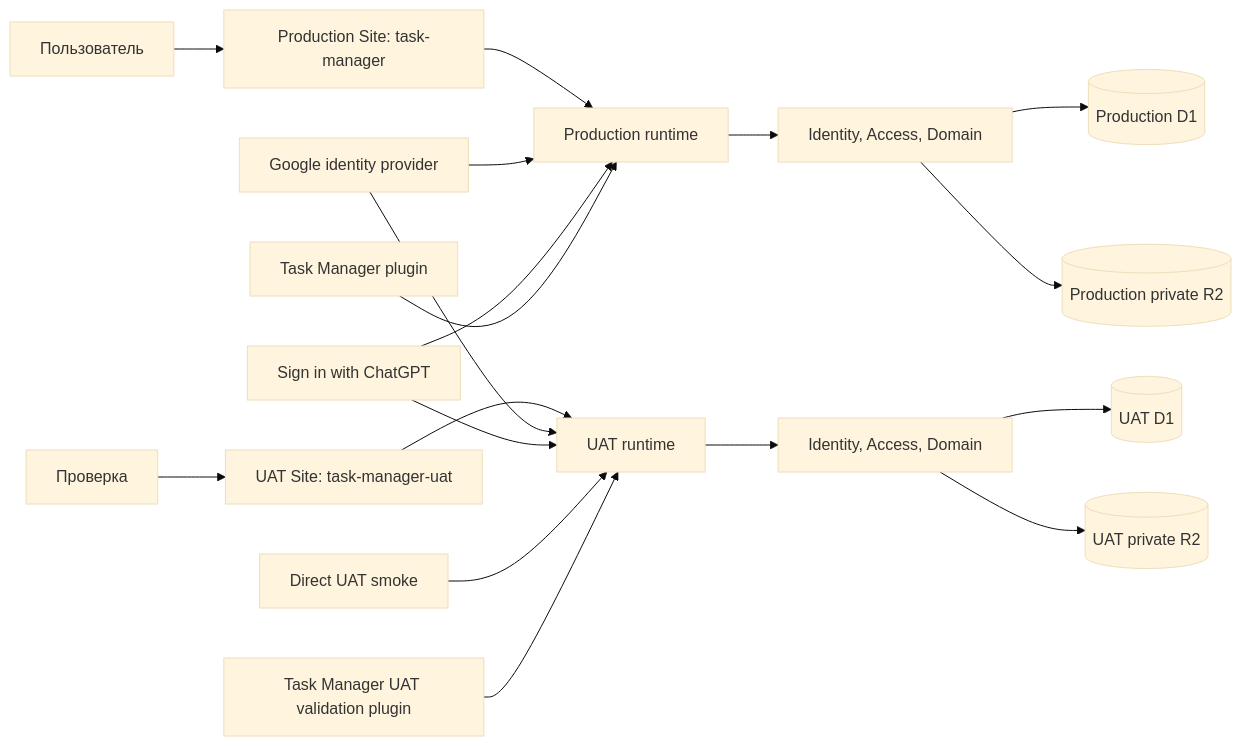
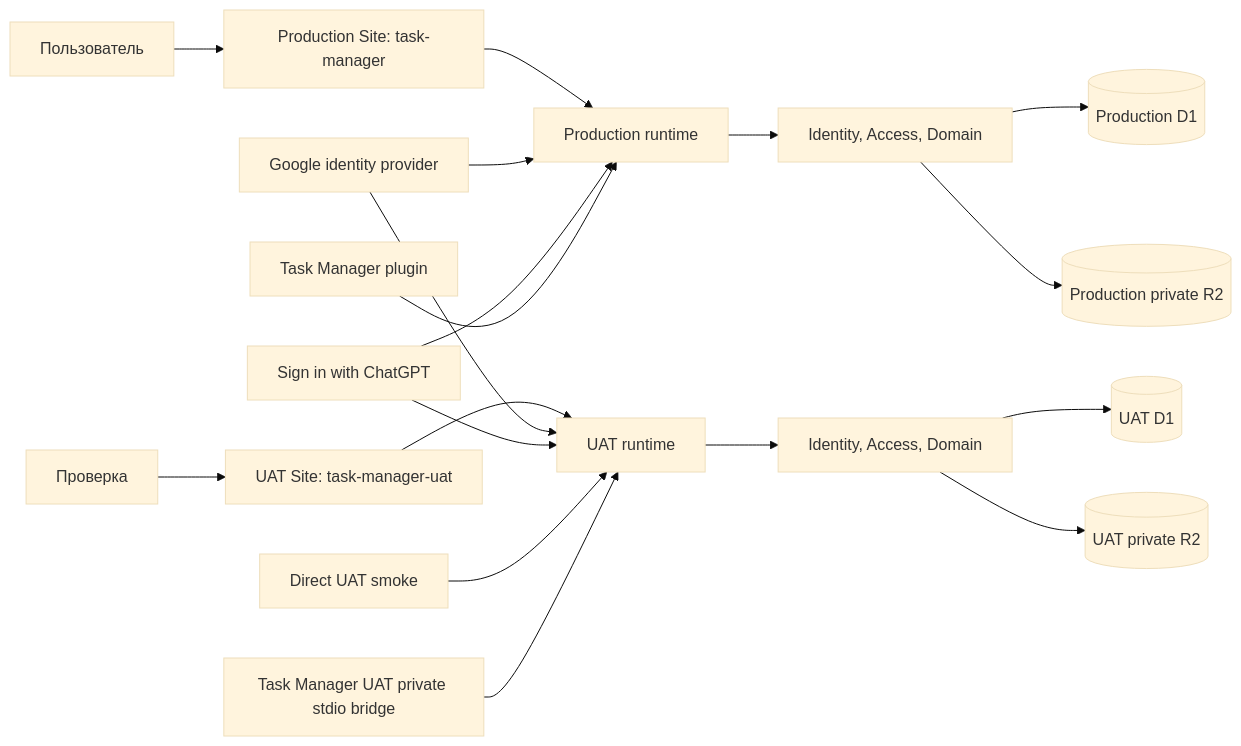
One commit to xxsrez/TaskManager changed the diagram in docs/architecture.md. Above: the diagram before and after it, drawn with Mermaid (base theme). The commit also changed other lines of this file and 3 other files, not shown here.

Commit message:
TM-294 document private UAT bridge

````diff
--- a/docs/architecture.md
+++ b/docs/architecture.md
@@ -31,20 +31,20 @@
 ```mermaid
 flowchart LR
     U[Пользователь] --> PROD[Production Site: task-manager]
     QA[Проверка] --> UAT[UAT Site: task-manager-uat]
     PLUGIN[Task Manager plugin] --> PRT[Production runtime]
-    UPLUGIN[Task Manager UAT validation plugin] --> URT
+    UPLUGIN[Task Manager UAT private stdio bridge] --> URT
     API[Direct UAT smoke] --> URT[UAT runtime]
     CG[Sign in with ChatGPT] --> PRT
     CG --> URT
     G[Google identity provider] --> PRT
     G --> URT
     PROD --> PRT
     UAT --> URT
     PRT --> PIA[Identity, Access, Domain]
     URT --> UIA[Identity, Access, Domain]
     PIA --> PDB[(Production D1)]
     UIA --> UDB[(UAT D1)]
     PIA --> PR2[(Production private R2)]
     UIA --> UR2[(UAT private R2)]
 ```
````
